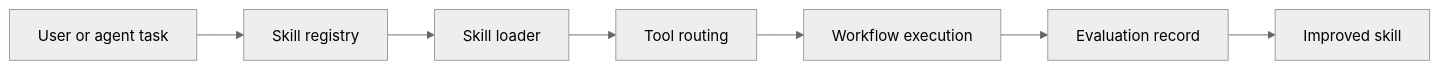
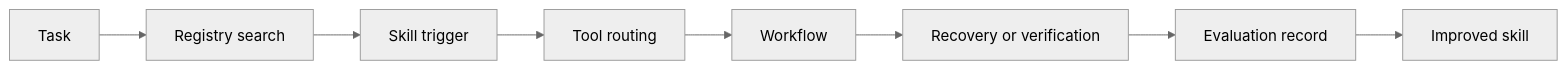
One commit to rui13181593055/Rui changed the diagram in README.md. Above: the diagram before and after it, drawn with Mermaid (neutral theme). The commit also changed other lines of this file and 1 other file, not shown here.

````diff
--- a/README.md
+++ b/README.md
@@ -52,9 +92,10 @@
 ```mermaid
 flowchart LR
-    A["User or agent task"] --> B["Skill registry"]
-    B --> C["Skill loader"]
+    A["Task"] --> B["Registry search"]
+    B --> C["Skill trigger"]
     C --> D["Tool routing"]
-    D --> E["Workflow execution"]
-    E --> F["Evaluation record"]
-    F --> G["Improved skill"]
+    D --> E["Workflow"]
+    E --> F["Recovery or verification"]
+    F --> G["Evaluation record"]
+    G --> H["Improved skill"]
 ```
````
